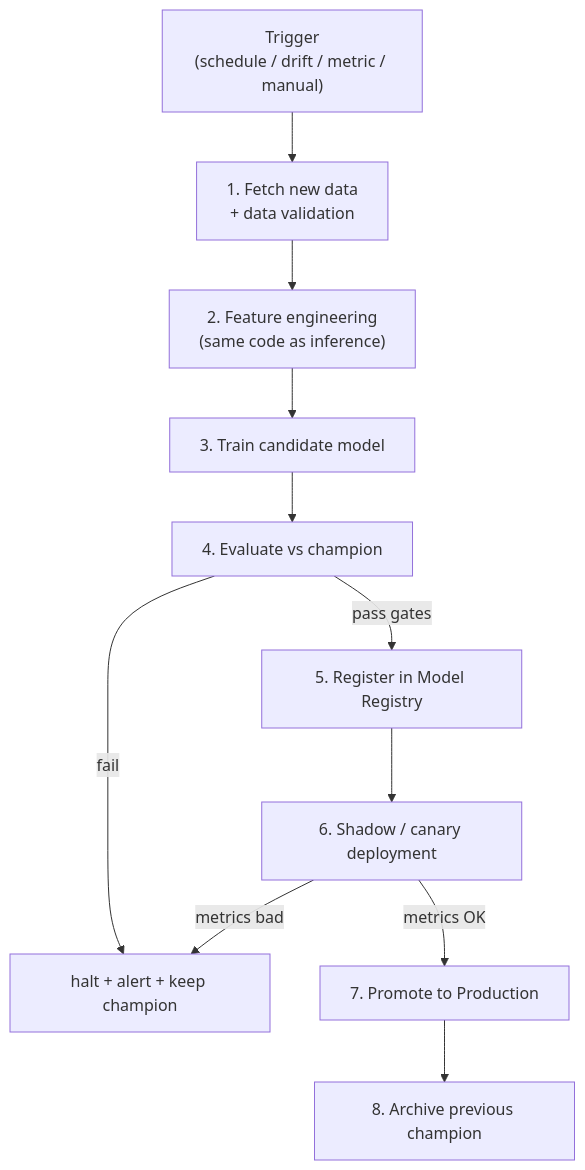
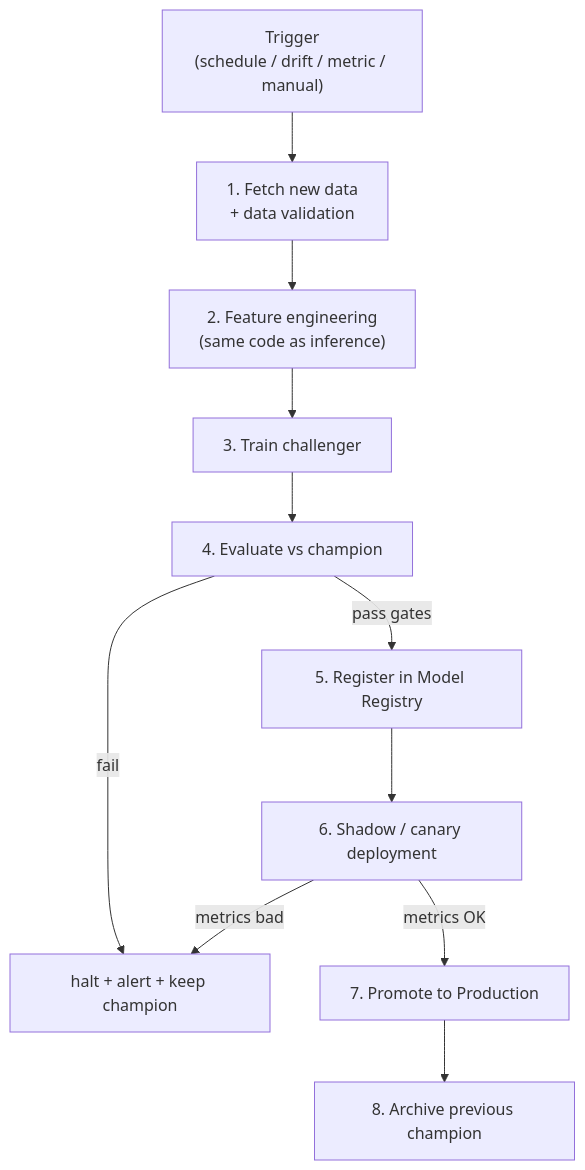
Before and after one commit to nao1215/debimate: the diagram in projects/ml/notes/mlops/retraining-pipeline/index.md, drawn with Mermaid. The commit also changed other lines of this file and 23 other files, not shown here.

````diff
--- a/projects/ml/notes/mlops/retraining-pipeline/index.md
+++ b/projects/ml/notes/mlops/retraining-pipeline/index.md
@@ -18,13 +29,13 @@
 ```mermaid
 graph TD
     A["Trigger<br/>(schedule / drift / metric / manual)"] --> B["1. Fetch new data<br/>+ data validation"]
     B --> C["2. Feature engineering<br/>(same code as inference)"]
-    C --> D["3. Train candidate model"]
+    C --> D["3. Train challenger"]
     D --> E["4. Evaluate vs champion"]
     E -->|"pass gates"| F["5. Register in Model Registry"]
     E -->|"fail"| Z["halt + alert + keep champion"]
     F --> G["6. Shadow / canary deployment"]
     G -->|"metrics OK"| H["7. Promote to Production"]
     G -->|"metrics bad"| Z
     H --> I["8. Archive previous champion"]
 ```
````
